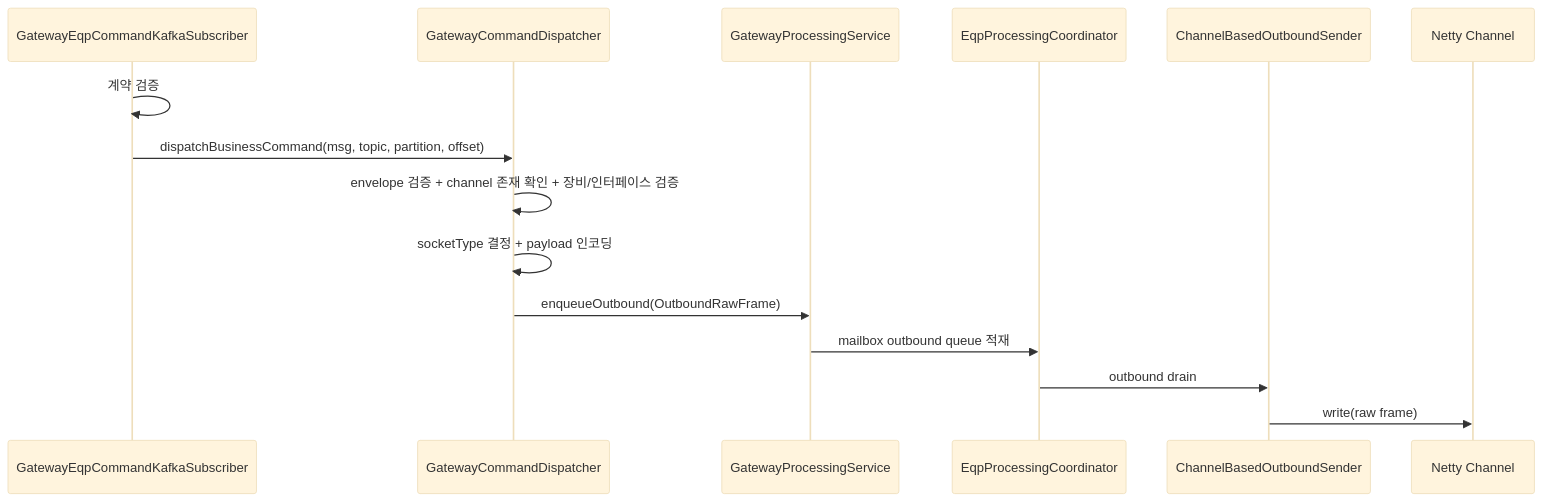
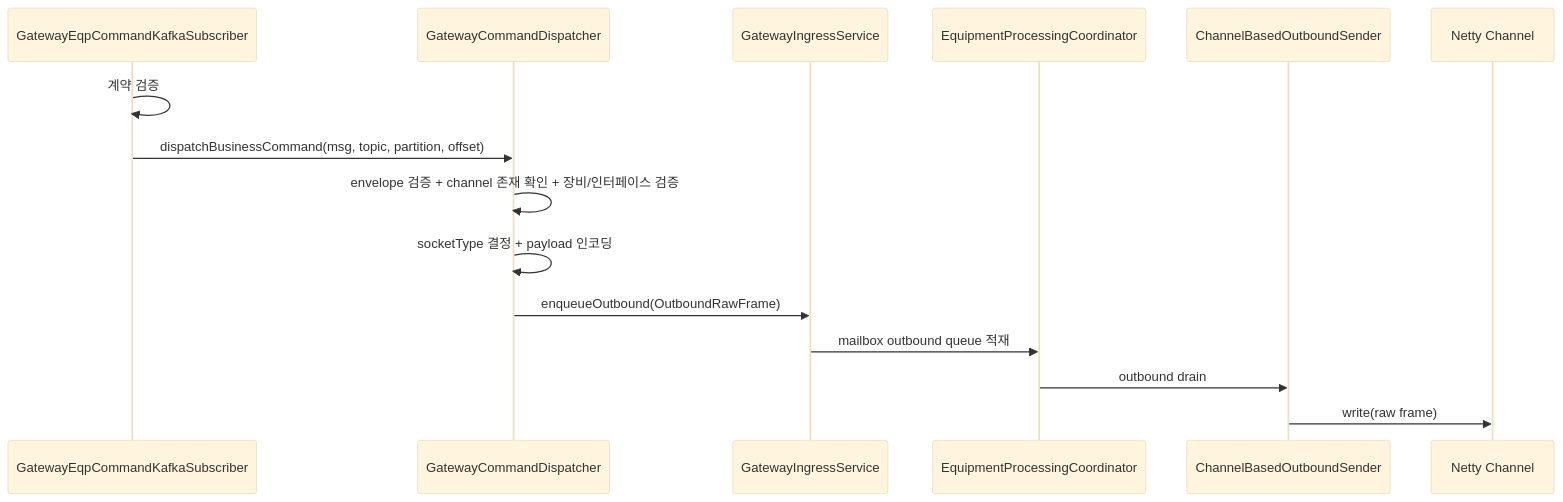
The first of 3 diagrams in apps/tc-comm-gateway-app/docs/06-kafka-tc-eqp-commands-to-equipment-lifecycle.md (ZODOZODO/nori-tc), drawn with Mermaid (base theme) before and after one commit. The commit also changed other lines of this file and 7 other files, not shown here.

````diff
--- a/apps/tc-comm-gateway-app/docs/06-kafka-tc-eqp-commands-to-equipment-lifecycle.md
+++ b/apps/tc-comm-gateway-app/docs/06-kafka-tc-eqp-commands-to-equipment-lifecycle.md
@@ -349,18 +349,18 @@
 ```mermaid
 sequenceDiagram
     participant K as GatewayEqpCommandKafkaSubscriber
     participant D as GatewayCommandDispatcher
-    participant PS as GatewayProcessingService
-    participant PC as EqpProcessingCoordinator
+    participant PS as GatewayIngressService
+    participant PC as EquipmentProcessingCoordinator
     participant S as ChannelBasedOutboundSender
     participant Ch as Netty Channel
 
     K->>K: 계약 검증
     K->>D: dispatchBusinessCommand(msg, topic, partition, offset)
     D->>D: envelope 검증 + channel 존재 확인 + 장비/인터페이스 검증
     D->>D: socketType 결정 + payload 인코딩
     D->>PS: enqueueOutbound(OutboundRawFrame)
     PS->>PC: mailbox outbound queue 적재
     PC->>S: outbound drain
     S->>Ch: write(raw frame)
 ```
````
